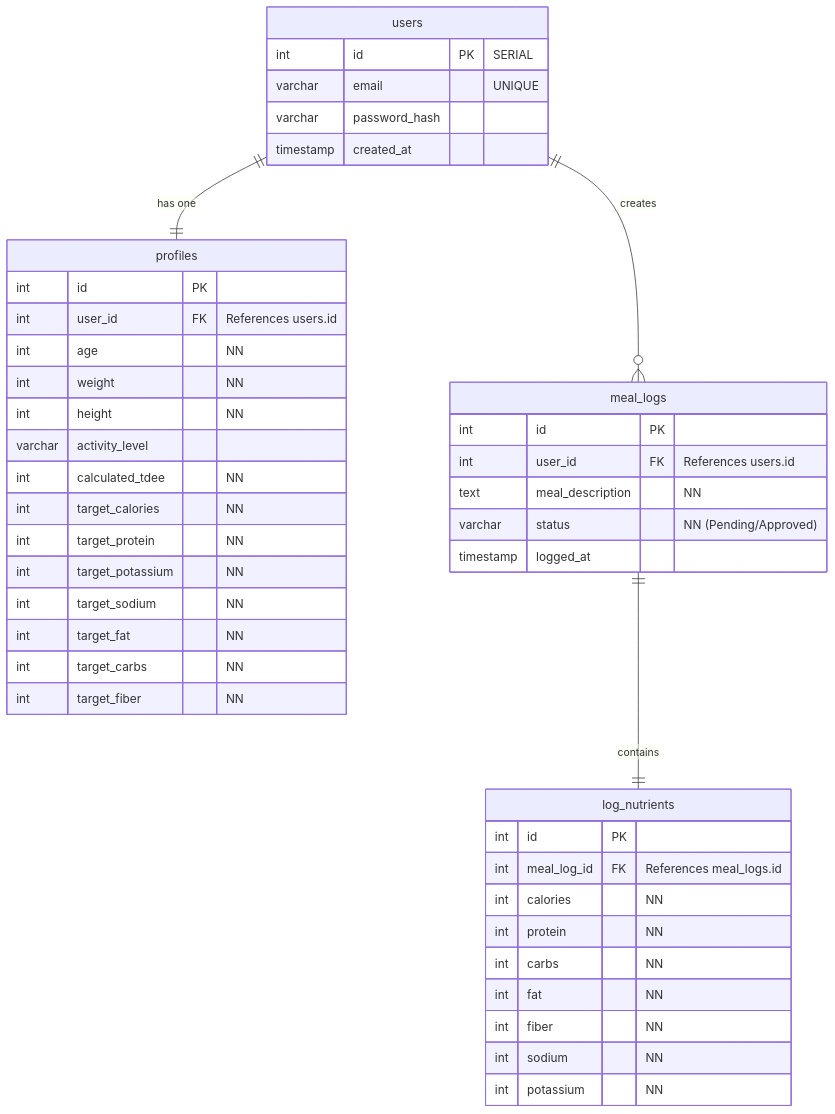
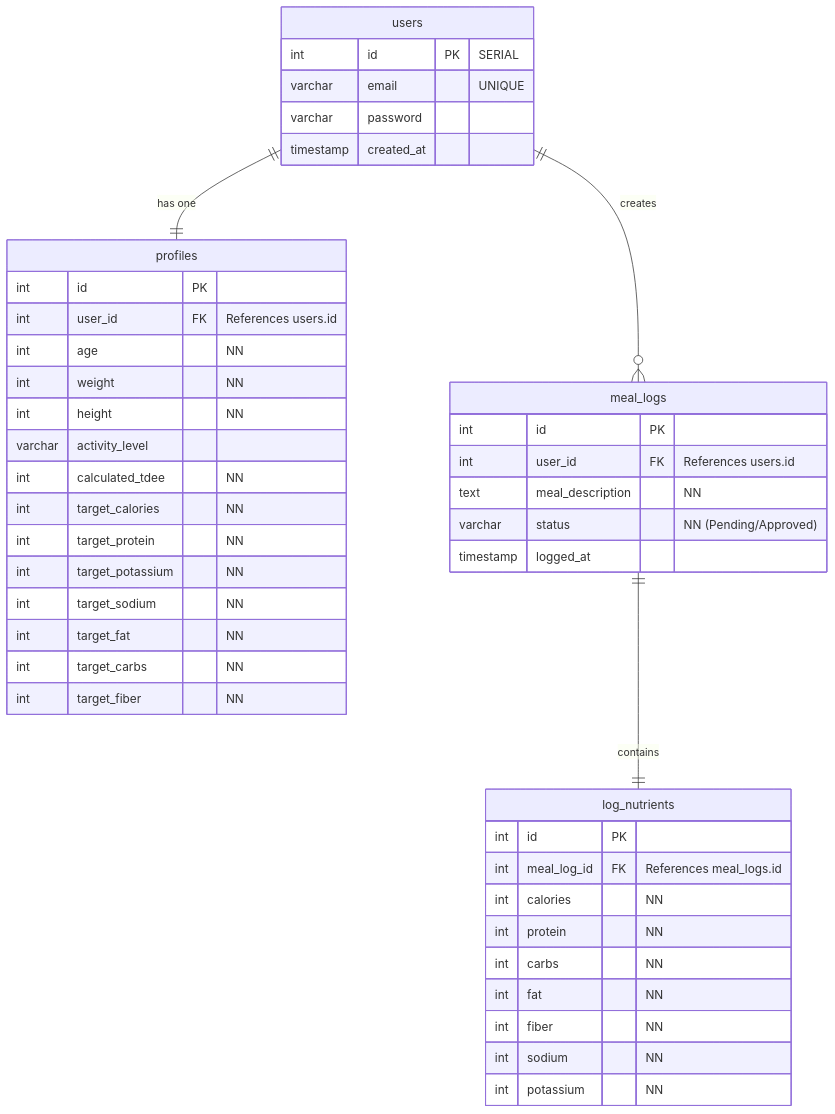
The diagram in README.md (cjzelano-galixie/nourish), drawn with Mermaid before and after one commit.

````diff
--- a/README.md
+++ b/README.md
@@ -36,50 +36,50 @@
 ```mermaid
 erDiagram
     users {
         int id PK "SERIAL"
         varchar email "UNIQUE"
-        varchar password_hash
+        varchar password
         timestamp created_at
     }
 
     profiles {
         int id PK
         int user_id FK "References users.id"
         int age "NN"
         int weight "NN"
         int height "NN"
         varchar activity_level
         int calculated_tdee "NN"
         int target_calories "NN"
         int target_protein "NN"
         int target_potassium "NN"
         int target_sodium "NN"
         int target_fat "NN"
         int target_carbs "NN"
         int target_fiber "NN"
     }
 
     meal_logs {
         int id PK
         int user_id FK "References users.id"
         text meal_description "NN"
         varchar status "NN (Pending/Approved)"
         timestamp logged_at
     }
 
     log_nutrients {
         int id PK
         int meal_log_id FK "References meal_logs.id"
         int calories "NN"
         int protein "NN"
         int carbs "NN"
         int fat "NN"
         int fiber "NN"
         int sodium "NN"
         int potassium "NN"
     }
 
     users ||--|| profiles : "has one"
     users ||--o{ meal_logs : "creates"
     meal_logs ||--|| log_nutrients : "contains"
 ```
````
